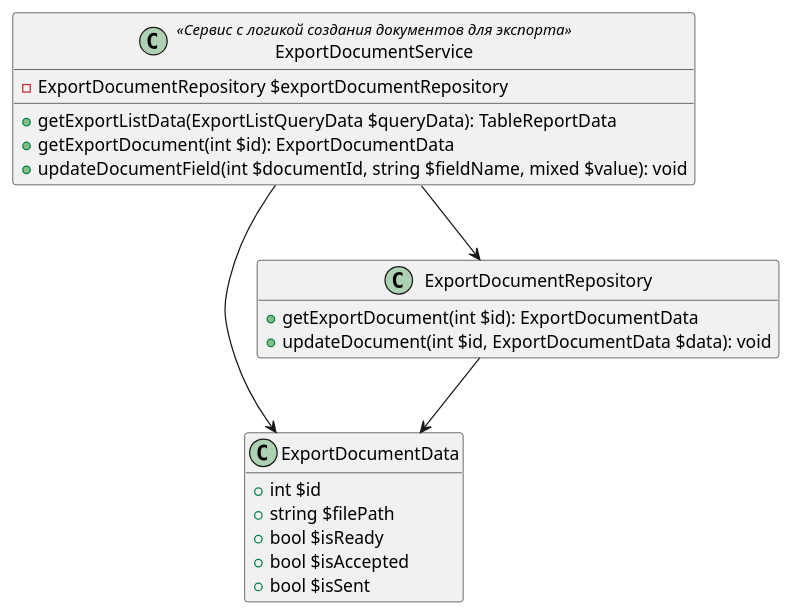
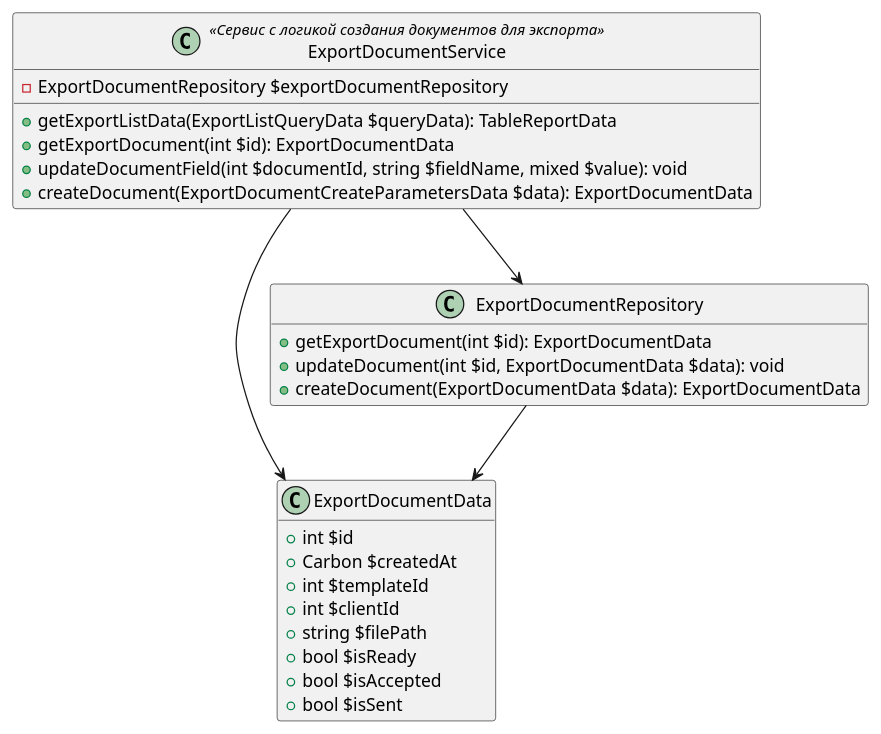
The diagram in docs/diagrams/export/export_service.wsd (Respayn/casini), drawn with PlantUML before and after one commit. The commit also changed 1 other file, not shown here.

Commit message:
docs: add components diagram for export document create page
Refs: SEO-219

```diff
--- a/docs/diagrams/export/export_service.wsd
+++ b/docs/diagrams/export/export_service.wsd
@@ -1,30 +1,35 @@
 @startuml Export Service
 
 hide empty members
 
 class ExportDocumentData {
     + int $id
+    + Carbon $createdAt
+    + int $templateId
+    + int $clientId
     + string $filePath
     + bool $isReady
     + bool $isAccepted
     + bool $isSent
 }
 
 class ExportDocumentService <<Сервис с логикой создания документов для экспорта>> {
     - ExportDocumentRepository $exportDocumentRepository
 
     + getExportListData(ExportListQueryData $queryData): TableReportData
     + getExportDocument(int $id): ExportDocumentData
     + updateDocumentField(int $documentId, string $fieldName, mixed $value): void
+    + createDocument(ExportDocumentCreateParametersData $data): ExportDocumentData
 }
 
 class ExportDocumentRepository {
     + getExportDocument(int $id): ExportDocumentData
     + updateDocument(int $id, ExportDocumentData $data): void
+    + createDocument(ExportDocumentData $data): ExportDocumentData
 }
 
 ExportDocumentService --> ExportDocumentData
 ExportDocumentService --> ExportDocumentRepository
 ExportDocumentRepository --> ExportDocumentData
 
 @enduml
```
